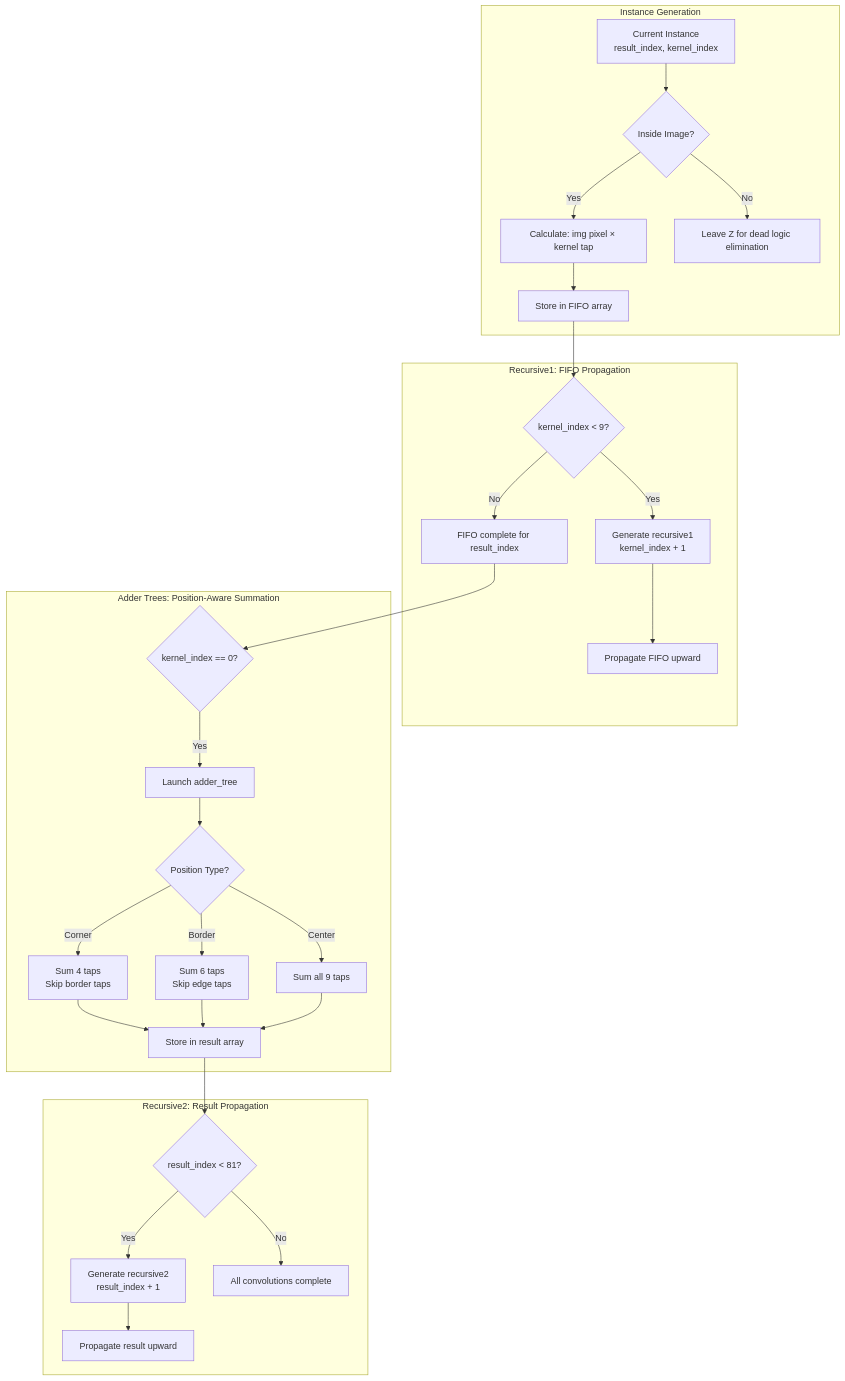
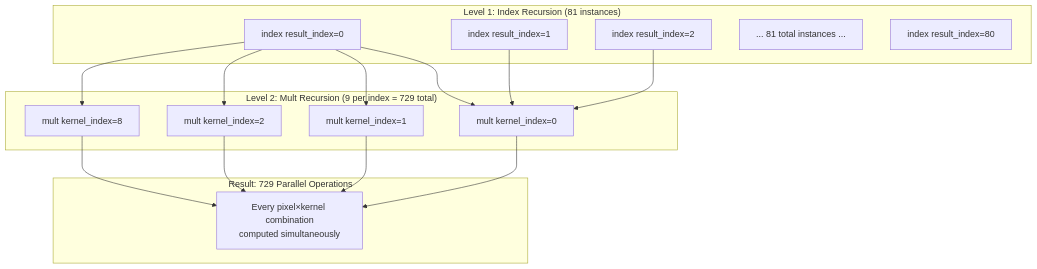
Before and after one commit to jalcim/logilib: the tenth of 13 diagrams in src/tensor/README.md, drawn with Mermaid. The commit also changed other lines of this file and 1 other file, not shown here.

Commit message:
README recursion

````diff
--- a/src/tensor/README.md
+++ b/src/tensor/README.md
@@ -222,41 +255,32 @@
 ```mermaid
 graph TD
-    subgraph "Instance Generation"
-        A[Current Instance<br/>result_index, kernel_index]
-        A --> B{Inside Image?}
-        B -->|Yes| C[Calculate: img pixel × kernel tap]
-        B -->|No| D[Leave Z for dead logic elimination]
-        C --> E[Store in FIFO array]
+    subgraph "Level 1: Index Recursion (81 instances)"
+        A[index result_index=0]
+        A1[index result_index=1]
+        A2[index result_index=2]
+        A3[... 81 total instances ...]
+        A80[index result_index=80]
     end
 
-    subgraph "Recursive1: FIFO Propagation"
-        F{kernel_index < 9?}
-        F -->|Yes| G[Generate recursive1<br/>kernel_index + 1]
-        G --> H[Propagate FIFO upward]
-        F -->|No| I[FIFO complete for result_index]
+    subgraph "Level 2: Mult Recursion (9 per index = 729 total)"
+        B[mult kernel_index=0]
+        B1[mult kernel_index=1]
+        B2[mult kernel_index=2]
+        B8[mult kernel_index=8]
     end
 
-    subgraph "Adder Trees: Position-Aware Summation"
-        J{kernel_index == 0?}
-        J -->|Yes| K[Launch adder_tree]
-        K --> L{Position Type?}
-        L -->|Corner| M[Sum 4 taps<br/>Skip border taps]
-        L -->|Border| N[Sum 6 taps<br/>Skip edge taps]
-        L -->|Center| O[Sum all 9 taps]
-        M --> P[Store in result array]
-        N --> P
-        O --> P
+    subgraph "Result: 729 Parallel Operations"
+        C[Every pixel×kernel combination<br/>computed simultaneously]
     end
 
-    subgraph "Recursive2: Result Propagation"
-        Q{result_index < 81?}
-        Q -->|Yes| R[Generate recursive2<br/>result_index + 1]
-        R --> S[Propagate result upward]
-        Q -->|No| T[All convolutions complete]
-    end
-
-    E --> F
-    I --> J
-    P --> Q
-
+    A --> B
+    A --> B1
+    A --> B2
+    A --> B8
+    A1 --> B
+    A2 --> B
+    B --> C
+    B1 --> C
+    B2 --> C
+    B8 --> C
 ```
````
